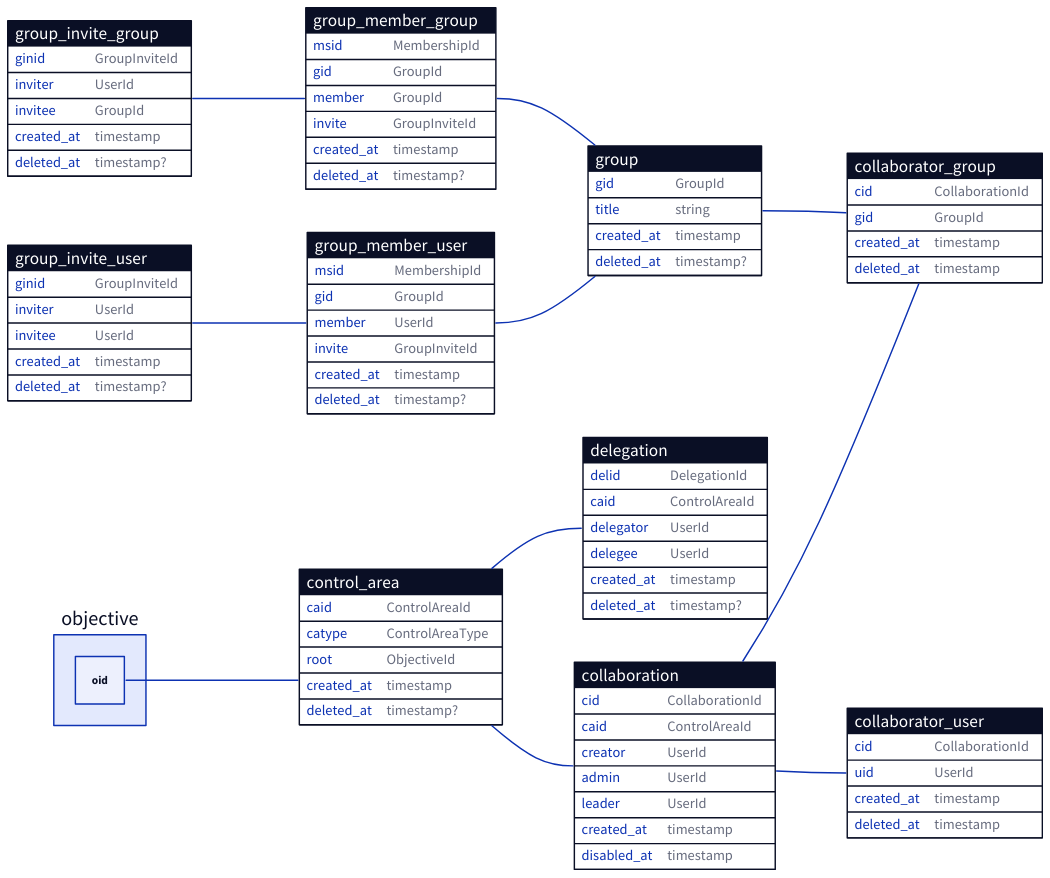
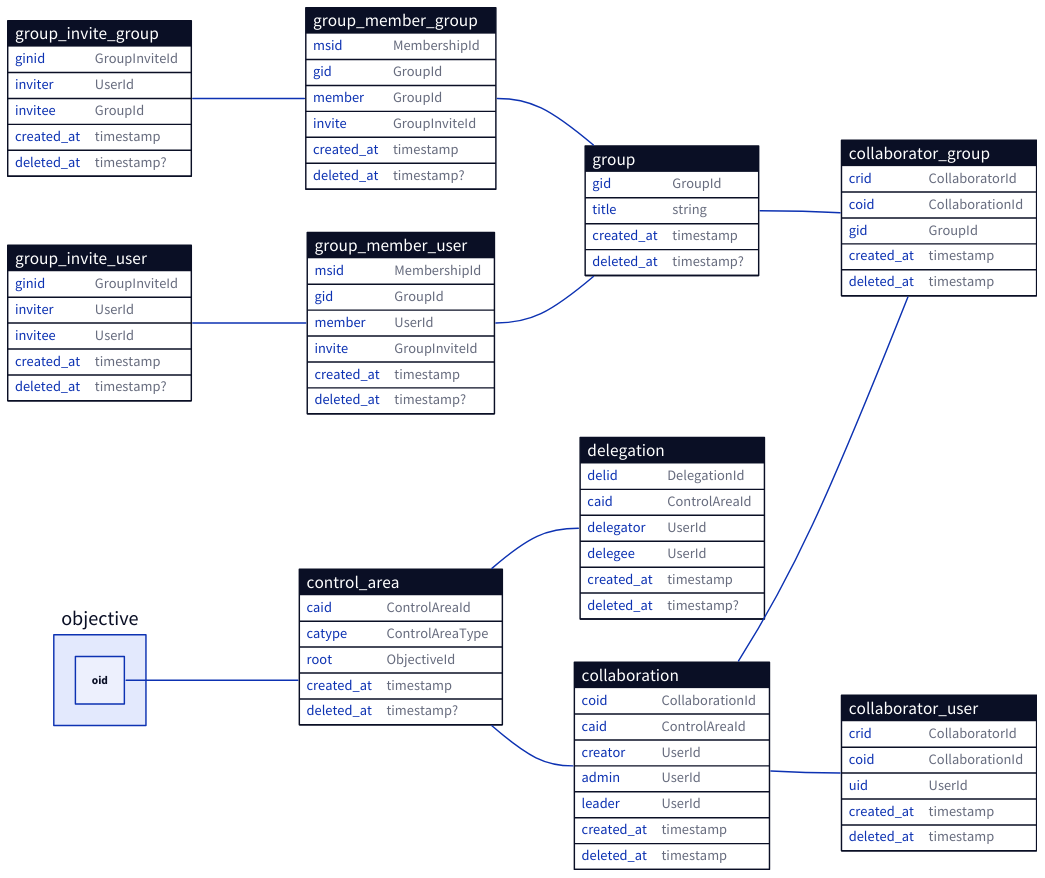
One commit to ufukty/logbook changed the diagram in docs/database/privileges.d2. Above: the diagram before and after it, drawn with D2. The commit also changed 2 other files, not shown here.

Commit message:
docs/database/privileges: adds `crid` columns into the `collaborator_*` tables. renames `cid` to `coid` to avoid its use as collaborator id

```diff
--- a/docs/database/privileges.d2
+++ b/docs/database/privileges.d2
@@ -1,137 +1,139 @@
 direction: right
 
 control_area: {
   shape: sql_table
 
   caid: ControlAreaId
   catype: ControlAreaType
   
   root: ObjectiveId
 
   created_at: timestamp
   deleted_at: timestamp?
 }
 
 collaboration: {
   shape: sql_table
 
-  cid: CollaborationId
+  coid: CollaborationId
   caid: ControlAreaId
 
   creator: UserId
   admin: UserId
   leader: UserId
 
   created_at: timestamp
-  disabled_at: timestamp
+  deleted_at: timestamp
 }
 
 collaborator_group: {
   shape: sql_table
 
-  cid: CollaborationId
+  crid: CollaboratorId
+  coid: CollaborationId
   gid: GroupId
 
   created_at: timestamp
   deleted_at: timestamp
 }
 
 collaborator_user: {
   shape: sql_table
 
-  cid: CollaborationId
+  crid: CollaboratorId
+  coid: CollaborationId
   uid: UserId
 
   created_at: timestamp
   deleted_at: timestamp
 }
 
 group: {
   shape: sql_table
   
   gid: GroupId
   title: string
   
   created_at: timestamp
   deleted_at: timestamp?
 }
 
 group_member_user: {
   shape: sql_table
 
   msid: MembershipId
   
   gid: GroupId
   member: UserId
   invite: GroupInviteId
   
   created_at: timestamp
   deleted_at: timestamp?
 }
 
 group_member_group: {
   shape: sql_table
 
   msid: MembershipId
   
   gid: GroupId
   member: GroupId
   invite: GroupInviteId
   
   created_at: timestamp
   deleted_at: timestamp?
 }
 
 group_invite_group: {
   shape: sql_table
 
   ginid: GroupInviteId
   
   inviter: UserId
   invitee: GroupId
   
   created_at: timestamp
   deleted_at: timestamp?
 }
 
 group_invite_user: {
   shape: sql_table
 
   ginid: GroupInviteId
   
   inviter: UserId
   invitee: UserId
   
   created_at: timestamp
   deleted_at: timestamp?
 }
 
 delegation: {
   shape: sql_table
 
   delid: DelegationId
 
   caid: ControlAreaId
 
   delegator: UserId
   delegee: UserId
 
   created_at: timestamp
   deleted_at: timestamp?
 }
 
 objective.oid -- control_area.root
 
 control_area.caid -- delegation.caid
 control_area.caid -- collaboration.caid
 
-collaboration.cid -- collaborator_group.cid
-collaboration.cid -- collaborator_user.cid
+collaboration.coid -- collaborator_group.coid
+collaboration.coid -- collaborator_user.coid
 
 group.gid -- collaborator_group.gid
 
 group_member_user.gid -- group.gid
 group_member_group.gid -- group.gid
 
 group_invite_group.ginid -- group_member_group.invite
 group_invite_user.ginid -- group_member_user.invite
```
